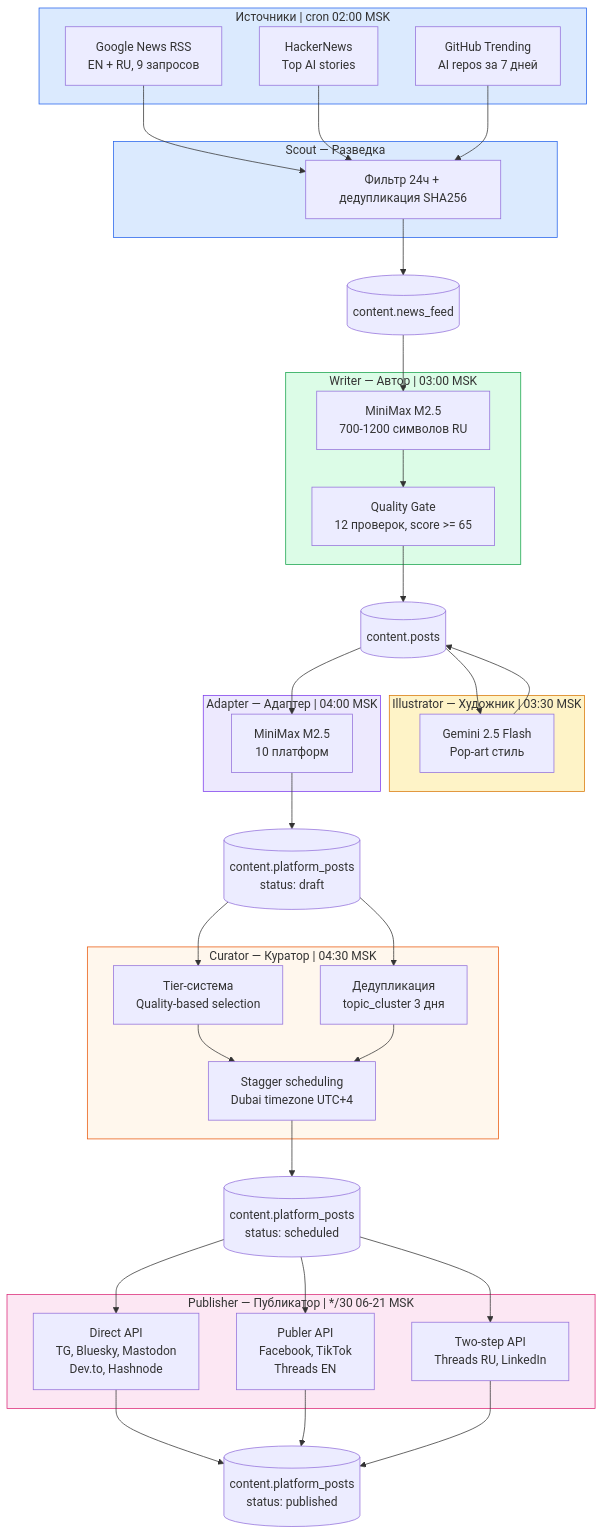
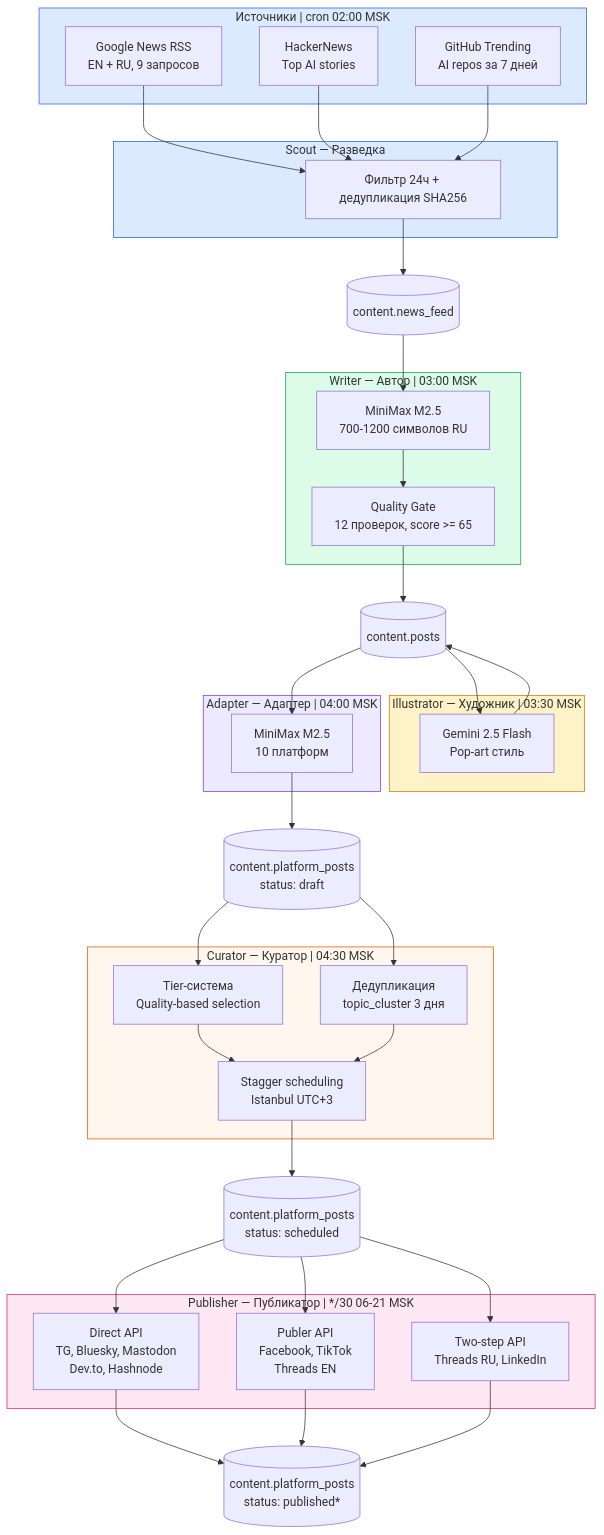
Before and after one commit to TimmyZinin/content-pipeline: the first of 2 diagrams in docs/Architecture.md, drawn with Mermaid. The commit also changed other lines of this file and 5 other files, not shown here.

First line of the commit message:
docs: complete reconciliation — timezone, status model, wiki gitlink

````diff
--- a/docs/Architecture.md
+++ b/docs/Architecture.md
@@ -5,53 +5,53 @@
 ```mermaid
 flowchart TB
     subgraph SOURCES["Источники | cron 02:00 MSK"]
         GN["Google News RSS<br/>EN + RU, 9 запросов"]
         HN["HackerNews<br/>Top AI stories"]
         GH["GitHub Trending<br/>AI repos за 7 дней"]
     end
 
     subgraph SCOUT["Scout — Разведка"]
         FILTER["Фильтр 24ч + дедупликация SHA256"]
     end
 
     subgraph WRITER["Writer — Автор | 03:00 MSK"]
         LLM["MiniMax M2.5<br/>700-1200 символов RU"]
         QG["Quality Gate<br/>12 проверок, score >= 65"]
     end
 
     subgraph ILLUSTRATOR["Illustrator — Художник | 03:30 MSK"]
         GEMINI["Gemini 2.5 Flash<br/>Pop-art стиль"]
     end
 
     subgraph ADAPTER["Adapter — Адаптер | 04:00 MSK"]
         ADAPT["MiniMax M2.5<br/>10 платформ"]
     end
 
     subgraph CURATOR["Curator — Куратор | 04:30 MSK"]
         TIER["Tier-система<br/>Quality-based selection"]
         DEDUP["Дедупликация<br/>topic_cluster 3 дня"]
-        SCHED["Stagger scheduling<br/>Dubai timezone UTC+4"]
+        SCHED["Stagger scheduling<br/>Istanbul UTC+3"]
     end
 
     subgraph PUBLISHER["Publisher — Публикатор | */30 06-21 MSK"]
         DIRECT["Direct API<br/>TG, Bluesky, Mastodon<br/>Dev.to, Hashnode"]
         PUBLER["Publer API<br/>Facebook, TikTok<br/>Threads EN"]
         TWOAPI["Two-step API<br/>Threads RU, LinkedIn"]
     end
 
     GN & HN & GH --> FILTER
     FILTER --> DB_NEWS[("content.news_feed")]
     DB_NEWS --> LLM --> QG --> DB_POSTS[("content.posts")]
     DB_POSTS --> GEMINI --> DB_POSTS
     DB_POSTS --> ADAPT --> DB_PP[("content.platform_posts<br/>status: draft")]
     DB_PP --> TIER & DEDUP --> SCHED --> DB_PP2[("content.platform_posts<br/>status: scheduled")]
-    DB_PP2 --> DIRECT & PUBLER & TWOAPI --> DB_PP3[("content.platform_posts<br/>status: published")]
+    DB_PP2 --> DIRECT & PUBLER & TWOAPI --> DB_PP3[("content.platform_posts<br/>status: published*")]
 
     style SOURCES fill:#dbeafe,stroke:#2563eb
     style SCOUT fill:#dbeafe,stroke:#2563eb
     style WRITER fill:#dcfce7,stroke:#16a34a
     style ILLUSTRATOR fill:#fef3c7,stroke:#d97706
     style ADAPTER fill:#ede9fe,stroke:#7c3aed
     style CURATOR fill:#fff7ed,stroke:#ea580c
     style PUBLISHER fill:#fce7f3,stroke:#db2777
 ```
````
